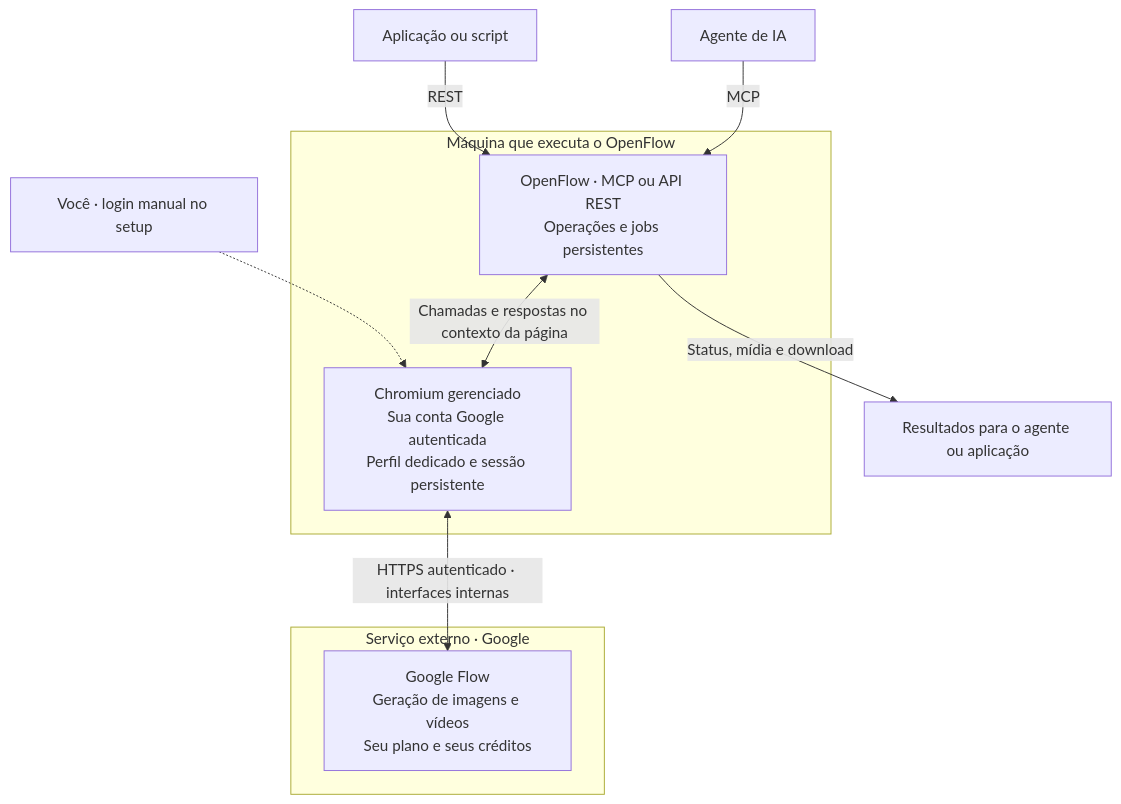
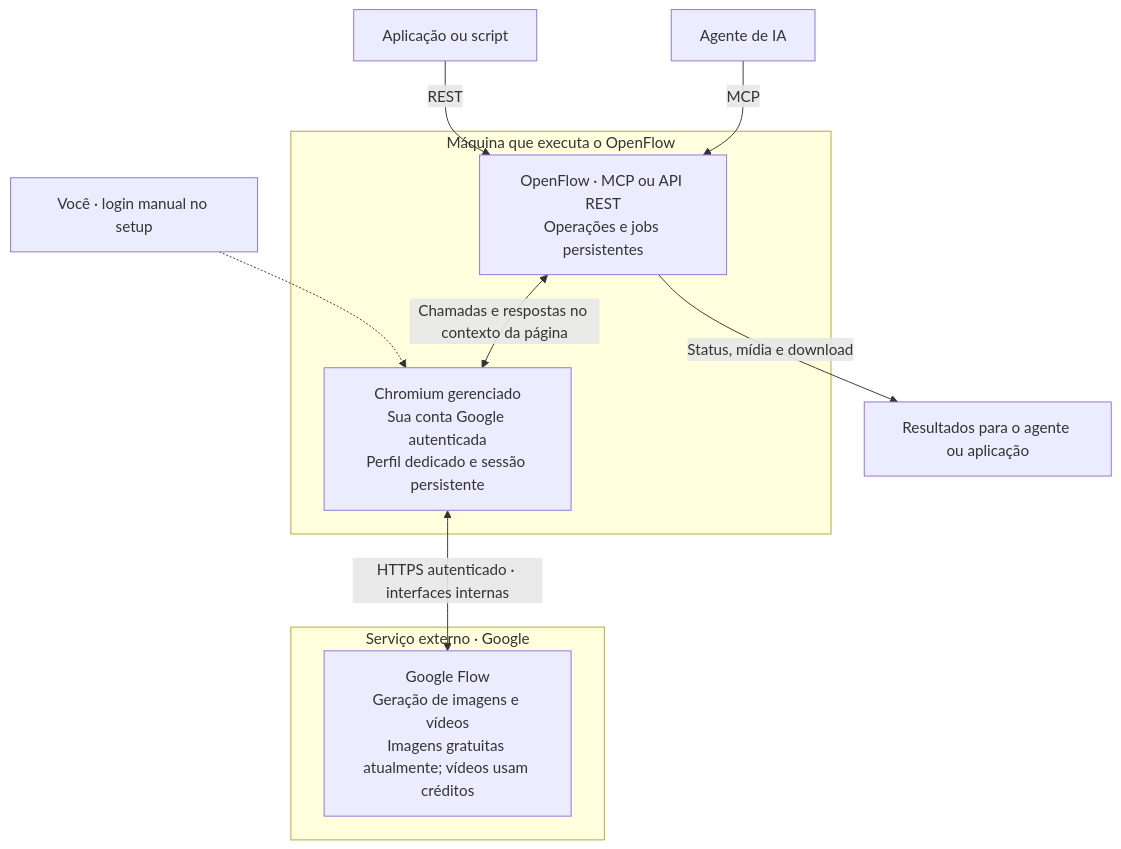
One commit to codexfast/openflow changed the diagram in README.pt-BR.md. Above: the diagram before and after it, drawn with Mermaid. The commit also changed other lines of this file and 10 other files, not shown here.

````diff
--- a/README.pt-BR.md
+++ b/README.pt-BR.md
@@ -127,20 +153,20 @@
 ```mermaid
 flowchart TB
     agent["Agente de IA"] -->|MCP| server
     app["Aplicação ou script"] -->|REST| server
 
     subgraph host["Máquina que executa o OpenFlow"]
         server["OpenFlow · MCP ou API REST<br/>Operações e jobs persistentes"]
         browser["Chromium gerenciado<br/>Sua conta Google autenticada<br/>Perfil dedicado e sessão persistente"]
         server <-->|"Chamadas e respostas no contexto da página"| browser
     end
 
     person["Você · login manual no setup"] -.-> browser
 
     subgraph google["Serviço externo · Google"]
-        flow["Google Flow<br/>Geração de imagens e vídeos<br/>Seu plano e seus créditos"]
+        flow["Google Flow<br/>Geração de imagens e vídeos<br/>Imagens gratuitas atualmente; vídeos usam créditos"]
     end
 
     browser <-->|"HTTPS autenticado · interfaces internas"| flow
     server -->|"Status, mídia e download"| result["Resultados para o agente ou aplicação"]
 ```
````
